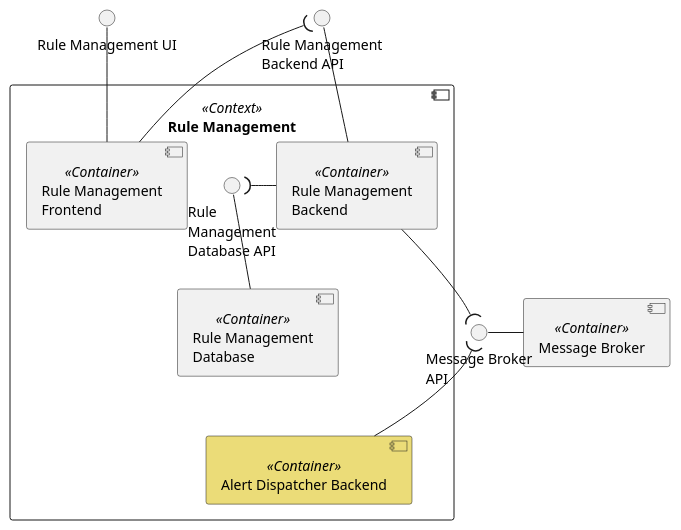
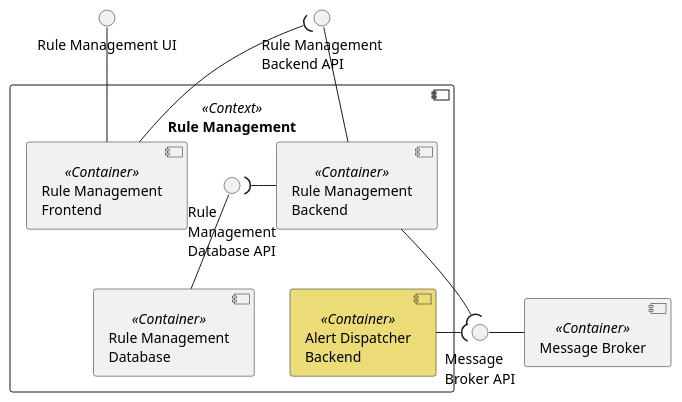
One commit to FilipeMCruz/dissertation changed the diagram in assets/diagrams/design/architectural/level2/logical/rule-management-context.pu. Above: the diagram before and after it, drawn with PlantUML. The commit also changed 343 other files, not shown here.

```diff
--- a/assets/diagrams/design/architectural/level2/logical/rule-management-context.pu
+++ b/assets/diagrams/design/architectural/level2/logical/rule-management-context.pu
@@ -1,33 +1,33 @@
 @startuml rule-management-context
 
 interface "Rule Management UI" as FRONT_API
 interface "Rule Management\nBackend API" as BACK_API
 
 component "Rule Management" <<Context>> {
     component "Rule Management\nBackend" <<Container>> as BACK
     component "Rule Management\nFrontend" <<Container>> as FRONT
     component "Rule Management\nDatabase" <<Container>> as DB
 
     interface "Rule\nManagement\nDatabase API" as DB_API
 
     DB_API -- DB
     FRONT_API -- FRONT
     BACK_API -- BACK
     DB_API )- BACK
     FRONT --( BACK_API
 
-    component "Alert Dispatcher Backend" <<Container>> as FLOW #ebdc78
+    component "Alert Dispatcher\nBackend" <<Container>> as FLOW #ebdc78
 }
 
 component "Message Broker" <<Container>> as MB
-interface "Message Broker\nAPI" as MB_API
+interface "Message\nBroker API" as MB_API
 
 MB_API - MB
 
 BACK --( MB_API
 
-MB_API )-- FLOW
+FLOW -( MB_API
 
-DB -[hidden]- FLOW
+DB -[hidden] FLOW
 
 @enduml
```
